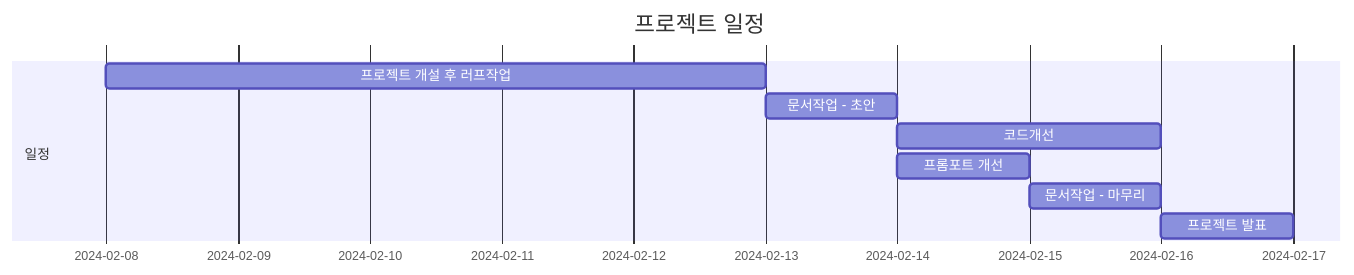
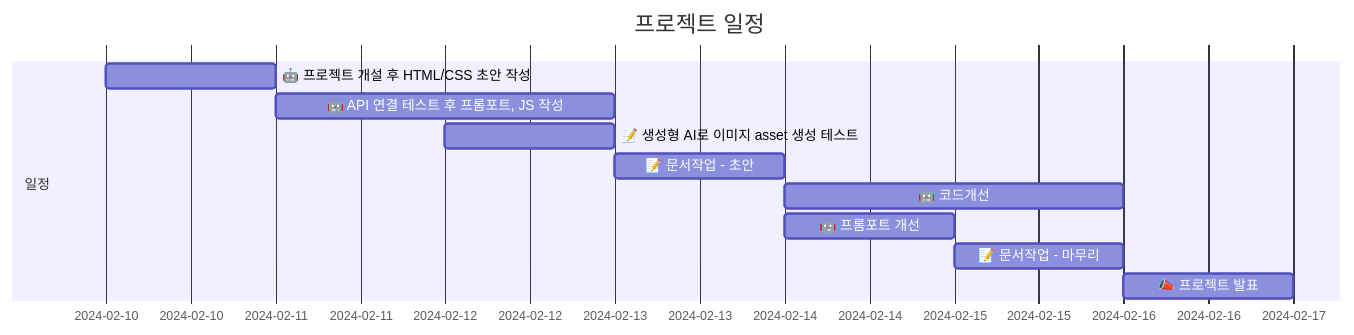
One commit to escape1001/ormcamp changed the second of 3 diagrams in project_01/README.md. Above: the diagram before and after it, drawn with Mermaid. The commit also changed other lines of this file, not shown here.

````diff
--- a/project_01/README.md
+++ b/project_01/README.md
@@ -74,12 +74,14 @@
 ```mermaid
 gantt
     title 프로젝트 일정
 
     section 일정
-    프로젝트 개설 후 러프작업       :a1, 2024-02-08, 5d
-    문서작업 - 초안                 :a2, 2024-02-13, 1d
-    코드개선                        :a4, 2024-02-14, 2d
-    프롬포트 개선                   :a3, 2024-02-14, 1d
-    문서작업 - 마무리               :a5, 2024-02-15, 1d
-    프로젝트 발표                   :a6, 2024-02-16, 1d
+    🤖 프로젝트 개설 후 HTML/CSS 초안 작성       :a1, 2024-02-10, 1d
+    🤖 API 연결 테스트 후 프롬포트, JS 작성       :a2, 2024-02-11, 2d
+    📝 생성형 AI로 이미지 asset 생성 테스트       :a3, 2024-02-12, 1d
+    📝 문서작업 - 초안                         :a2, 2024-02-13, 1d
+    🤖 코드개선                                :a4, 2024-02-14, 2d
+    🤖 프롬포트 개선                           :a3, 2024-02-14, 1d
+    📝 문서작업 - 마무리                       :a5, 2024-02-15, 1d
+    📣 프로젝트 발표                           :a6, 2024-02-16, 1d
 ```
````
